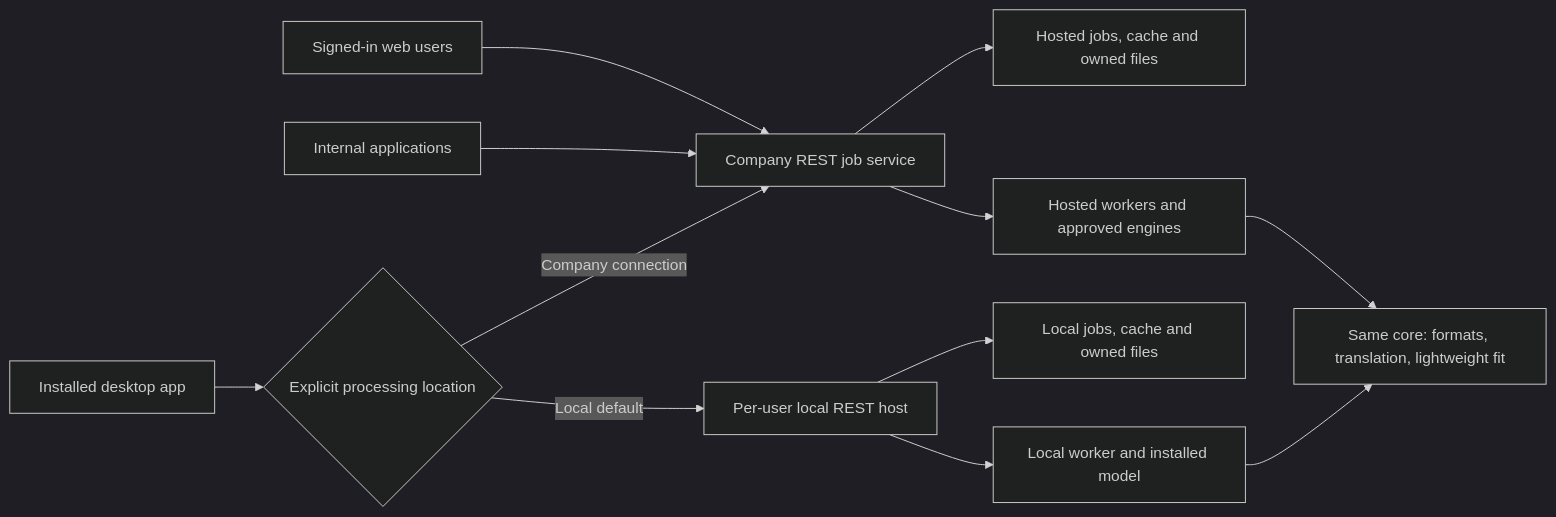
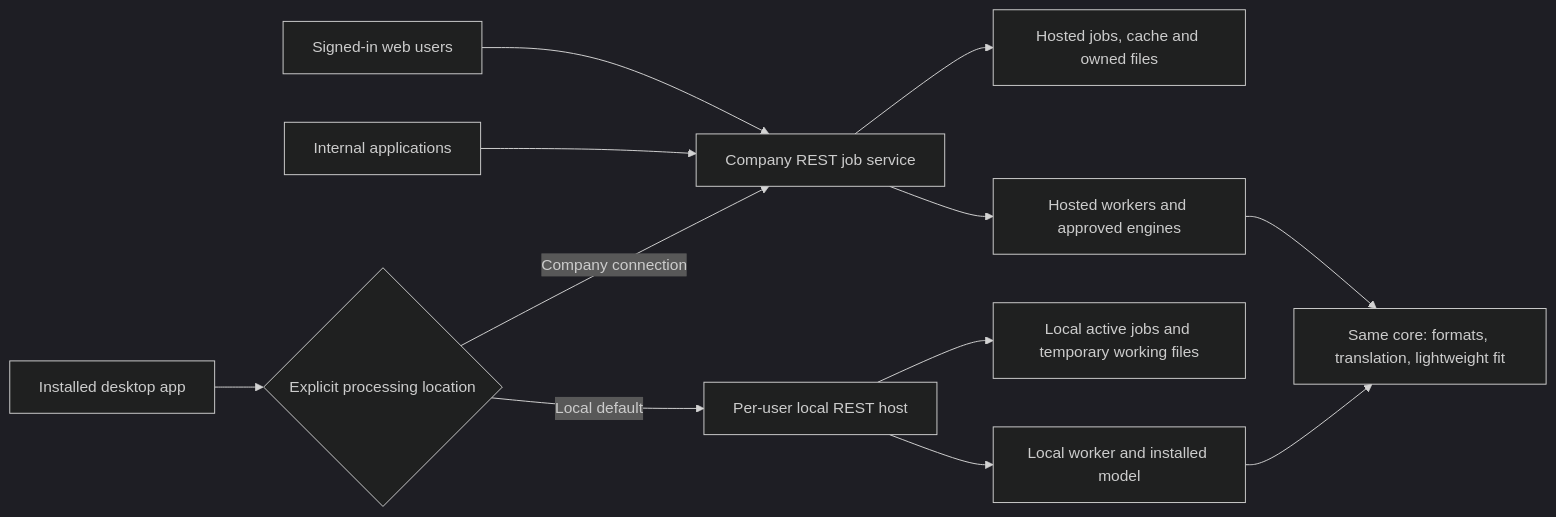
Before and after one commit to mlei06/document-translator: the second of 18 diagrams in docs/Architecture.md, drawn with Mermaid (dark theme). The commit also changed other lines of this file and 19 other files, not shown here.

````diff
--- a/docs/Architecture.md
+++ b/docs/Architecture.md
@@ -95,14 +99,14 @@
 ```mermaid
 flowchart LR
     WEB["Signed-in web users"] --> HOST["Company REST job service"]
     APPS["Internal applications"] --> HOST
     DESK["Installed desktop app"] --> CHOICE{"Explicit processing location"}
     CHOICE -->|Local default| LOCAL["Per-user local REST host"]
     CHOICE -->|Company connection| HOST
     LOCAL --> LW["Local worker and installed model"]
-    LOCAL --> LS["Local jobs, cache and owned files"]
+    LOCAL --> LS["Local active jobs and temporary working files"]
     HOST --> HW["Hosted workers and approved engines"]
     HOST --> HS["Hosted jobs, cache and owned files"]
     LW --> CORE["Same core: formats, translation, lightweight fit"]
     HW --> CORE
 ```
````
